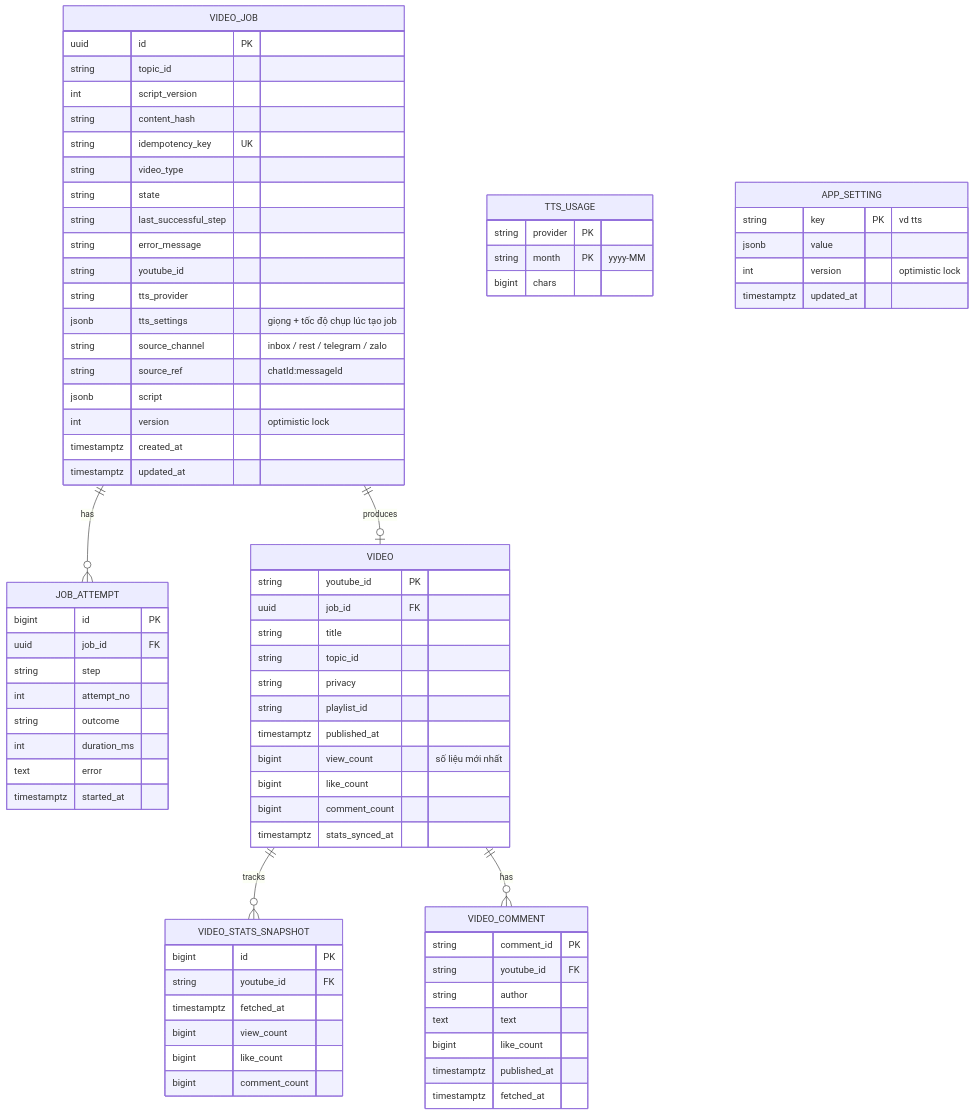
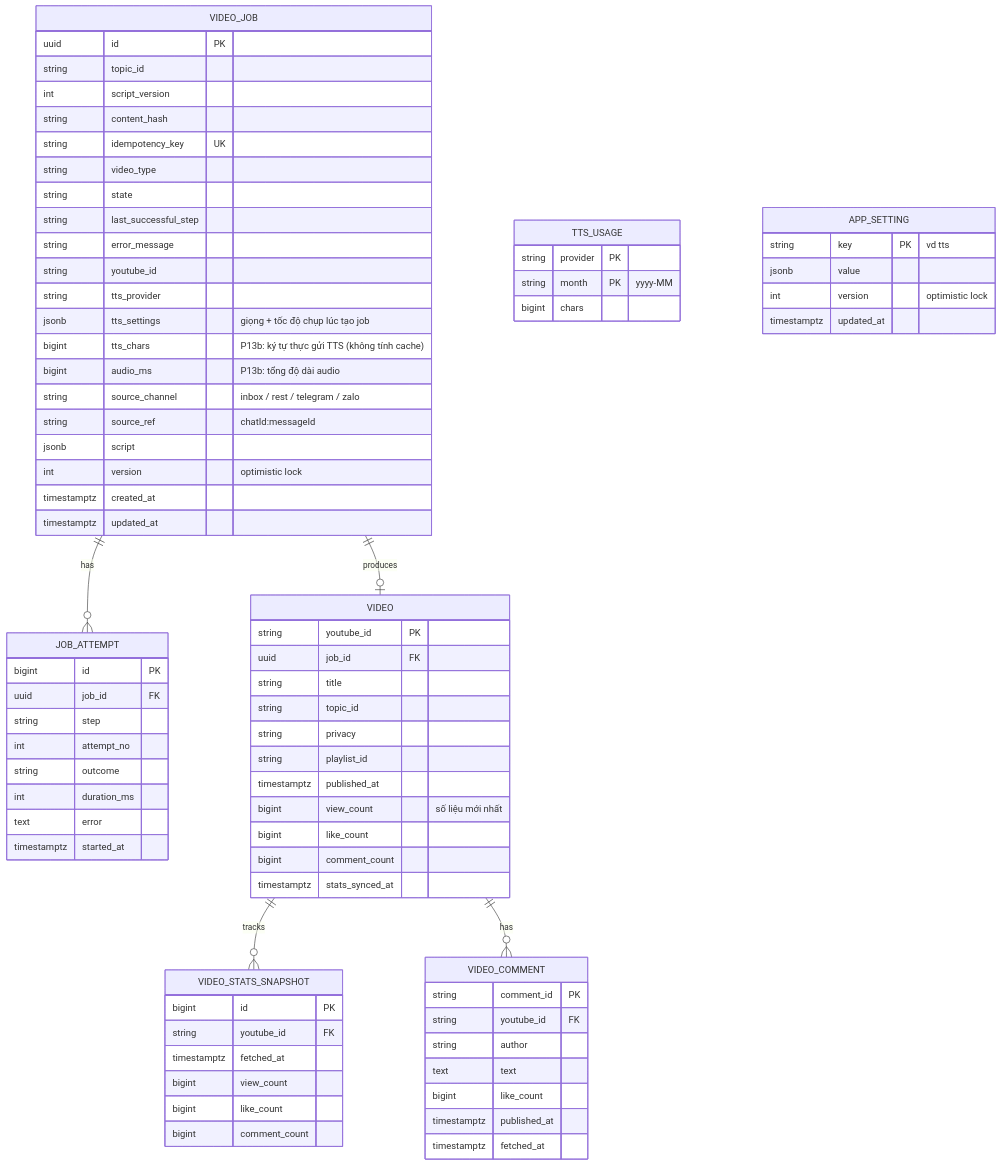
One commit to Dang-Anh-Tuan/doc-reel-v2 changed the fifth of 6 diagrams in SPEC.md. Above: the diagram before and after it, drawn with Mermaid. The commit also changed other lines of this file and 4 other files, not shown here.

````diff
--- a/SPEC.md
+++ b/SPEC.md
@@ -467,78 +467,80 @@
 ```mermaid
 erDiagram
     VIDEO_JOB ||--o{ JOB_ATTEMPT : has
     VIDEO_JOB ||--o| VIDEO : produces
     VIDEO ||--o{ VIDEO_STATS_SNAPSHOT : tracks
     VIDEO ||--o{ VIDEO_COMMENT : has
     VIDEO_JOB {
       uuid id PK
       string topic_id
       int script_version
       string content_hash
       string idempotency_key UK
       string video_type
       string state
       string last_successful_step
       string error_message
       string youtube_id
       string tts_provider
       jsonb tts_settings "giọng + tốc độ chụp lúc tạo job"
+      bigint tts_chars "P13b: ký tự thực gửi TTS (không tính cache)"
+      bigint audio_ms "P13b: tổng độ dài audio"
       string source_channel "inbox / rest / telegram / zalo"
       string source_ref "chatId:messageId"
       jsonb script
       int version "optimistic lock"
       timestamptz created_at
       timestamptz updated_at
     }
     JOB_ATTEMPT {
       bigint id PK
       uuid job_id FK
       string step
       int attempt_no
       string outcome
       int duration_ms
       text error
       timestamptz started_at
     }
     TTS_USAGE {
       string provider PK
       string month PK "yyyy-MM"
       bigint chars
     }
     APP_SETTING {
       string key PK "vd tts"
       jsonb value
       int version "optimistic lock"
       timestamptz updated_at
     }
     VIDEO {
       string youtube_id PK
       uuid job_id FK
       string title
       string topic_id
       string privacy
       string playlist_id
       timestamptz published_at
       bigint view_count "số liệu mới nhất"
       bigint like_count
       bigint comment_count
       timestamptz stats_synced_at
     }
     VIDEO_STATS_SNAPSHOT {
       bigint id PK
       string youtube_id FK
       timestamptz fetched_at
       bigint view_count
       bigint like_count
       bigint comment_count
     }
     VIDEO_COMMENT {
       string comment_id PK
       string youtube_id FK
       string author
       text text
       bigint like_count
       timestamptz published_at
       timestamptz fetched_at
     }
 ```
````
